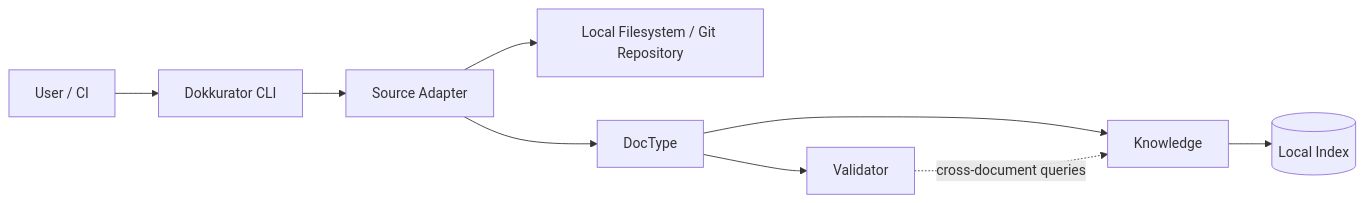
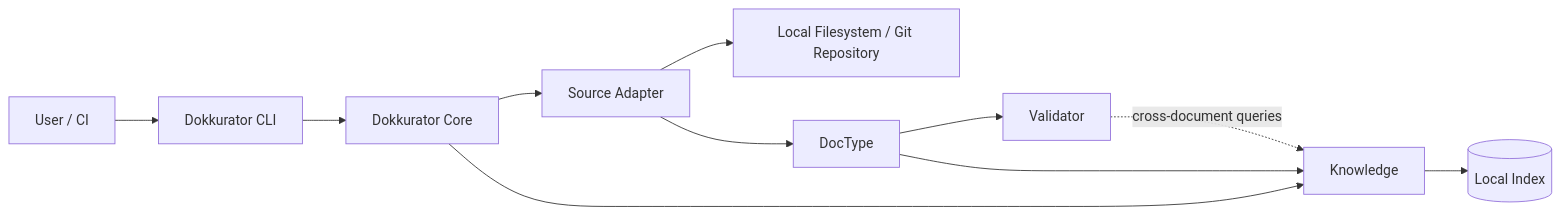
Before and after one commit to humaki4/dokkurator: the diagram in docs/architecture/cli.md, drawn with Mermaid. The commit also changed other lines of this file and 58 other files, not shown here.

````diff
--- a/docs/architecture/cli.md
+++ b/docs/architecture/cli.md
@@ -21,31 +22,34 @@
 ```mermaid
 flowchart LR
     User["User / CI"]
 
     CLI["Dokkurator CLI"]
+    Core["Dokkurator Core"]
 
     Source["Local Filesystem / Git Repository"]
 
     SourceAdapter["Source Adapter"]
 
     DocType["DocType"]
 
     Validator["Validator"]
 
     Knowledge["Knowledge"]
 
     LocalIndex[("Local Index")]
 
     User --> CLI
-    CLI --> SourceAdapter
+    CLI --> Core
+    Core --> SourceAdapter
+    Core --> Knowledge
     SourceAdapter --> Source
 
     SourceAdapter --> DocType
 
     DocType --> Validator
     DocType --> Knowledge
 
     Validator -. cross-document queries .-> Knowledge
 
     Knowledge --> LocalIndex
 ```
````
